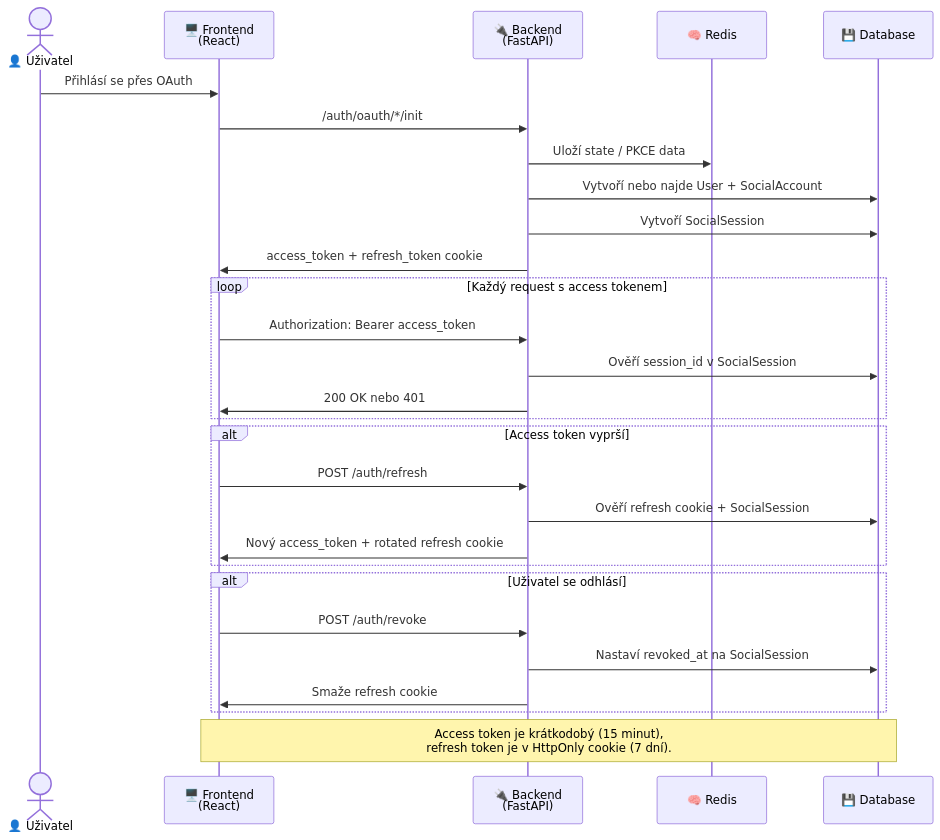
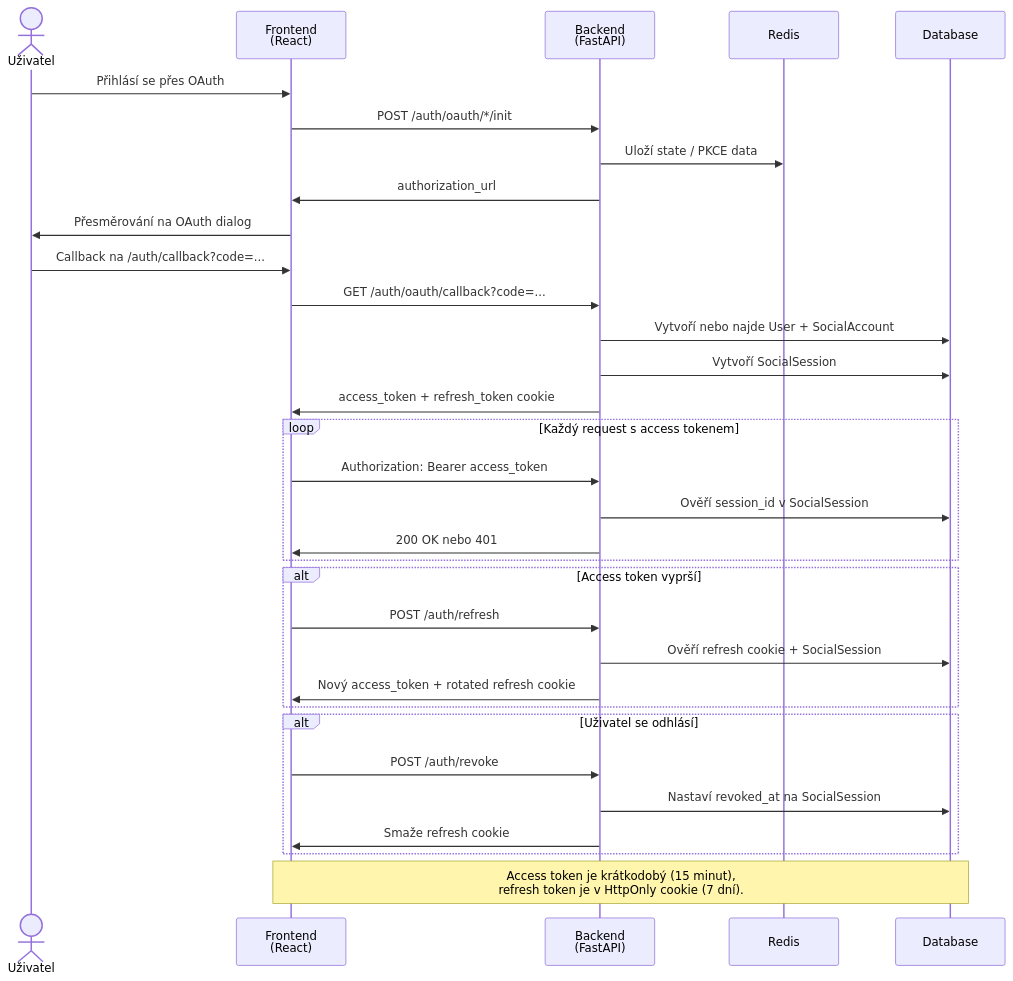
Before and after one commit to matthewjezek/Sitzy: the diagram in diagrams/07_sequence_auth_session_lifecycle.md, drawn with Mermaid. The commit also changed 9 other files, not shown here.

````diff
--- a/diagrams/07_sequence_auth_session_lifecycle.md
+++ b/diagrams/07_sequence_auth_session_lifecycle.md
@@ -3,35 +3,39 @@
 ```mermaid
 sequenceDiagram
-    actor User as 👤 Uživatel
-    participant Frontend as 🖥️ Frontend<br/>(React)
-    participant Backend as 🔌 Backend<br/>(FastAPI)
-    participant Redis as 🧠 Redis
-    participant Database as 💾 Database
+    actor User as Uživatel
+    participant Frontend as Frontend<br/>(React)
+    participant Backend as Backend<br/>(FastAPI)
+    participant Redis as Redis
+    participant Database as Database
 
     User->>Frontend: Přihlásí se přes OAuth
-    Frontend->>Backend: /auth/oauth/*/init
+    Frontend->>Backend: POST /auth/oauth/*/init
     Backend->>Redis: Uloží state / PKCE data
+    Backend->>Frontend: authorization_url
+    Frontend->>User: Přesměrování na OAuth dialog
+    User->>Frontend: Callback na /auth/callback?code=...
+    Frontend->>Backend: GET /auth/oauth/callback?code=...
     Backend->>Database: Vytvoří nebo najde User + SocialAccount
     Backend->>Database: Vytvoří SocialSession
     Backend->>Frontend: access_token + refresh_token cookie
 
     loop Každý request s access tokenem
         Frontend->>Backend: Authorization: Bearer access_token
         Backend->>Database: Ověří session_id v SocialSession
         Backend->>Frontend: 200 OK nebo 401
     end
 
     alt Access token vyprší
         Frontend->>Backend: POST /auth/refresh
         Backend->>Database: Ověří refresh cookie + SocialSession
         Backend->>Frontend: Nový access_token + rotated refresh cookie
     end
 
     alt Uživatel se odhlásí
         Frontend->>Backend: POST /auth/revoke
         Backend->>Database: Nastaví revoked_at na SocialSession
         Backend->>Frontend: Smaže refresh cookie
     end
 
     note over Frontend,Database: Access token je krátkodobý (15 minut),<br/>refresh token je v HttpOnly cookie (7 dní).
 ```
````
